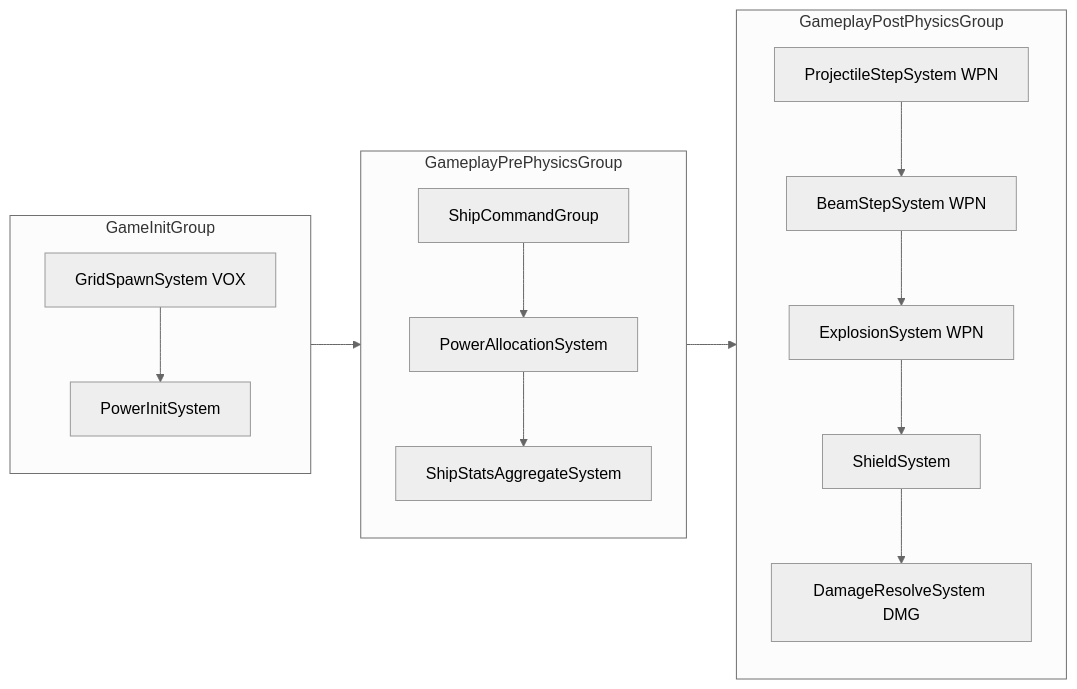
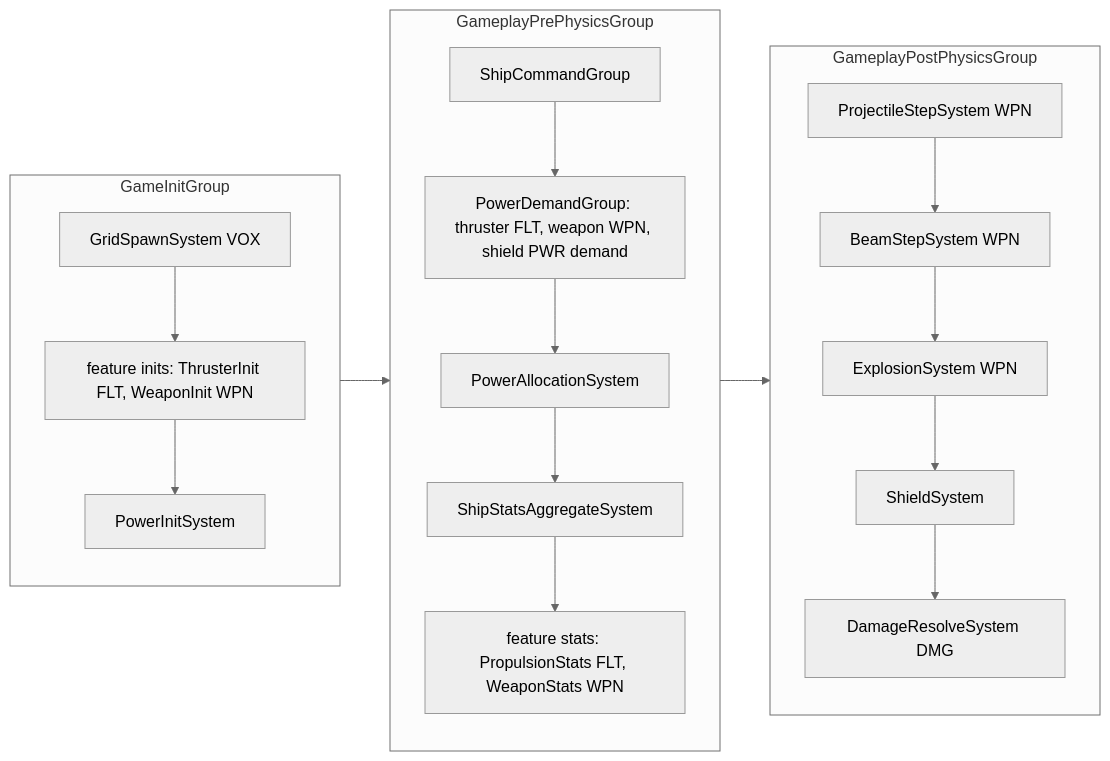
Before and after one commit to frankev6/voxel-spacegame: the diagram in docs/specs/SPEC-22-power-shields-stats.md, drawn with Mermaid (neutral theme). The commit also changed other lines of this file and 7 other files, not shown here.

````diff
--- a/docs/specs/SPEC-22-power-shields-stats.md
+++ b/docs/specs/SPEC-22-power-shields-stats.md
@@ -374,13 +414,13 @@
 ```mermaid
 flowchart LR
     subgraph Init[GameInitGroup]
-      GS[GridSpawnSystem VOX] --> PI[PowerInitSystem]
+      GS[GridSpawnSystem VOX] --> FI[feature inits: ThrusterInit FLT, WeaponInit WPN] --> PI[PowerInitSystem]
     end
     subgraph Pre[GameplayPrePhysicsGroup]
-      SC[ShipCommandGroup] --> PA[PowerAllocationSystem] --> SA[ShipStatsAggregateSystem]
+      SC[ShipCommandGroup] --> PD[PowerDemandGroup: thruster FLT, weapon WPN, shield PWR demand] --> PA[PowerAllocationSystem] --> SA[ShipStatsAggregateSystem] --> FS[feature stats: PropulsionStats FLT, WeaponStats WPN]
     end
     subgraph Post[GameplayPostPhysicsGroup]
       PS[ProjectileStepSystem WPN] --> BS[BeamStepSystem WPN] --> EX[ExplosionSystem WPN] --> SH[ShieldSystem] --> DR[DamageResolveSystem DMG]
     end
     Init --> Pre --> Post
 ```
````
